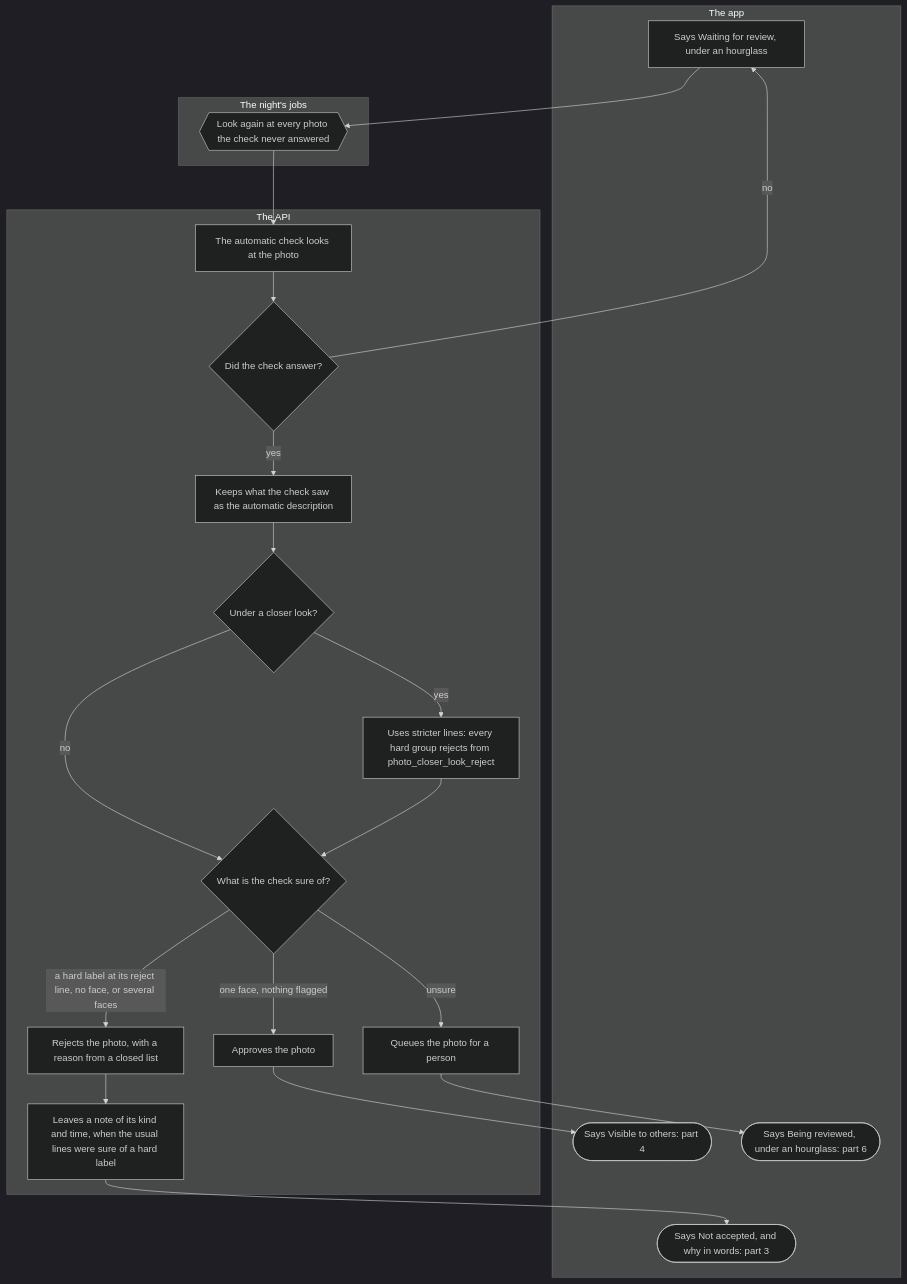
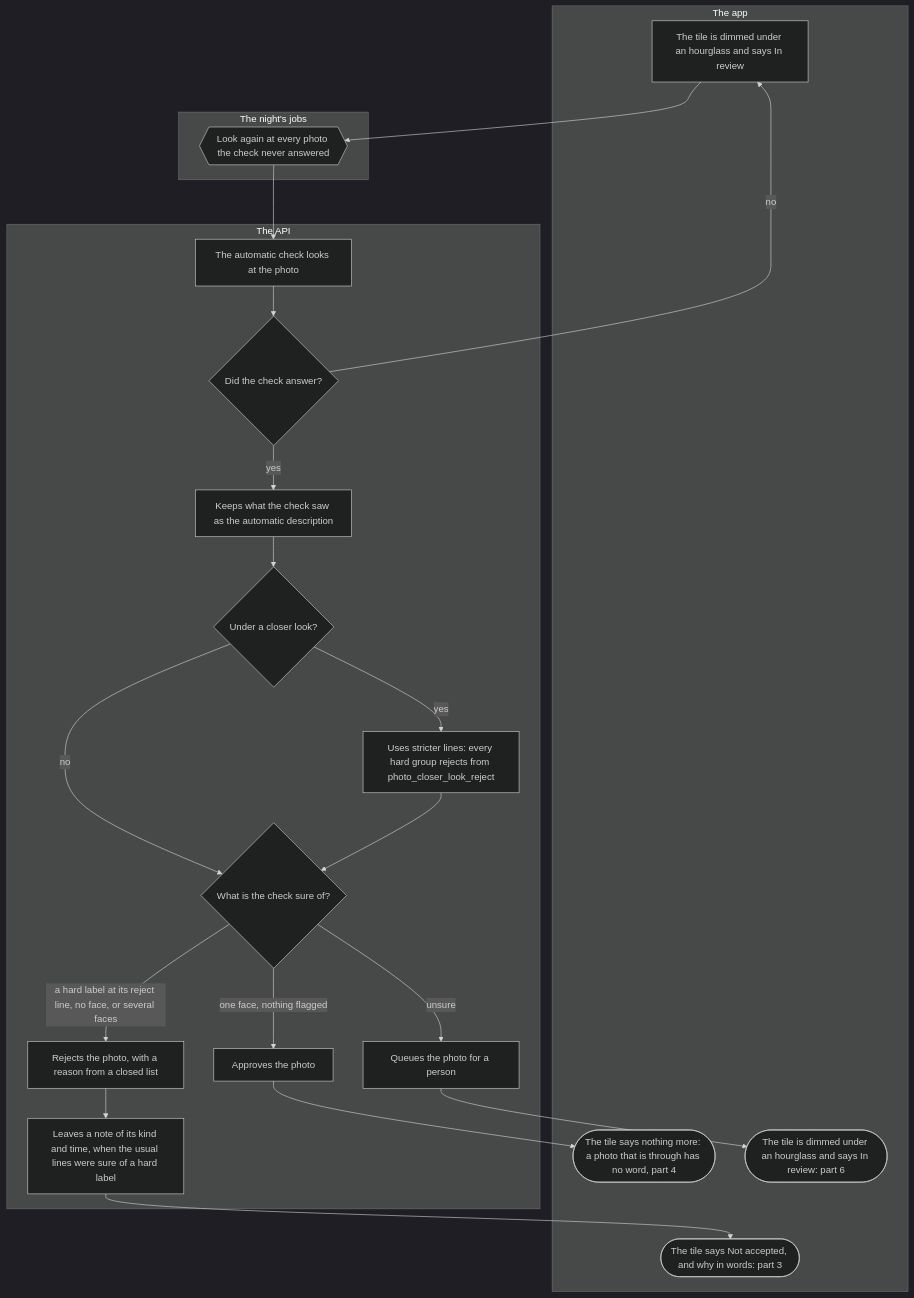
One commit to kuutti-ry/kuutti-app changed the second of 7 diagrams in docs/flows/photos.md. Above: the diagram before and after it, drawn with Mermaid (dark theme). The commit also changed other lines of this file and 41 other files, not shown here.

First line of the commit message:
Redraw the user flows against today's main, held by check:docs

````diff
--- a/docs/flows/photos.md
+++ b/docs/flows/photos.md
@@ -57,42 +80,42 @@
 ```mermaid
 flowchart TB
-  accTitle: Photos, part 2
-  accDescr: The automatic check looks at the new photo and the API keeps what it saw as the automatic description. Under a closer look the lines are stricter. One face and nothing flagged is approved. A hard label past its reject line, no face or several faces is rejected with the reason in words, and a hard label leaves a note. Anything the check is unsure of goes to a moderator. A check that does not answer leaves the photo waiting for the night to look again.
+  accTitle: Photos, part 2: the automatic check
+  accDescr: The automatic check looks at the new photo and the API keeps what it saw as the automatic description. Under a closer look the lines are stricter. One face and nothing flagged is approved, and its tile says nothing more. A hard label past its reject line, no face or several faces is rejected with the reason in words, and a hard label leaves a note. Anything the check is unsure of goes to a moderator, In review. A check that does not answer leaves the photo In review for the night to look again.
   subgraph app["The app"]
-    s14["Says Waiting for review, under an hourglass"]
-    s21(["Says Visible to others: part 4"])
-    s24(["Says Not accepted, and why in words: part 3"])
-    s26(["Says Being reviewed, under an hourglass: part 6"])
+    s14["The tile is dimmed under an hourglass and says In review"]
+    s21(["The tile says nothing more: a photo that is through has no word, part 4"])
+    s24(["The tile says Not accepted, and why in words: part 3"])
+    s26(["The tile is dimmed under an hourglass and says In review: part 6"])
   end
   subgraph api["The API"]
     s12["The automatic check looks at the photo"]
     s13{"Did the check answer?"}
     s16["Keeps what the check saw as the automatic description"]
     s17{"Under a closer look?"}
     s18["Uses stricter lines: every hard group rejects from photo_closer_look_reject"]
     s19{"What is the check sure of?"}
     s20["Approves the photo"]
     s22["Rejects the photo, with a reason from a closed list"]
     s23["Leaves a note of its kind and time, when the usual lines were sure of a hard label"]
     s25["Queues the photo for a person"]
   end
   subgraph night["The night's jobs"]
     s15{{"Look again at every photo the check never answered"}}
   end
   s12 --> s13
   s13 -->|"no"| s14
   s14 --> s15
   s15 --> s12
   s13 -->|"yes"| s16
   s16 --> s17
   s17 -->|"yes"| s18
   s17 -->|"no"| s19
   s18 --> s19
   s19 -->|"one face, nothing flagged"| s20
   s20 --> s21
   s19 -->|"a hard label at its reject line, no face, or several faces"| s22
   s22 --> s23
   s23 --> s24
   s19 -->|"unsure"| s25
   s25 --> s26
 ```
````
